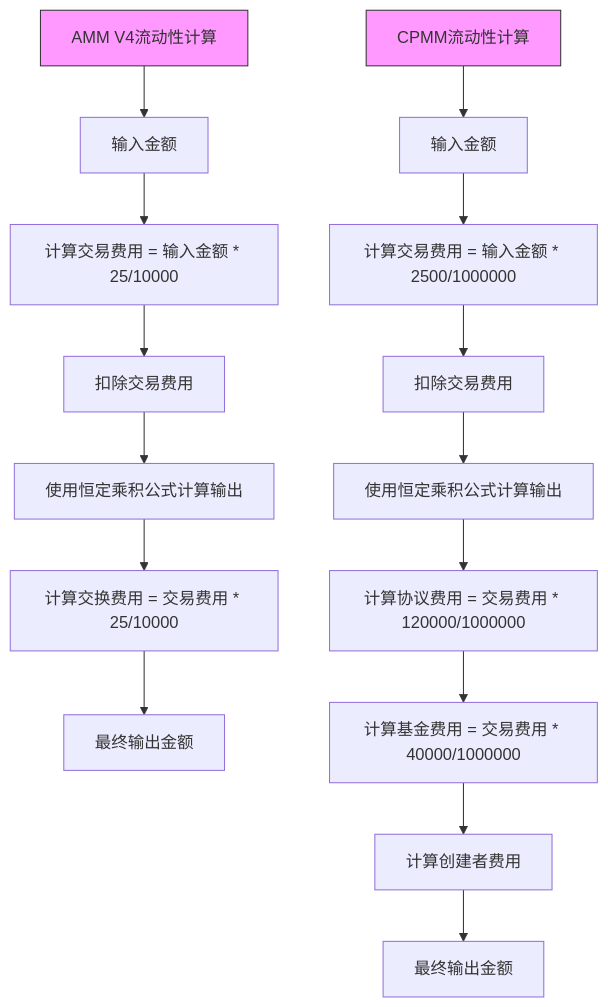
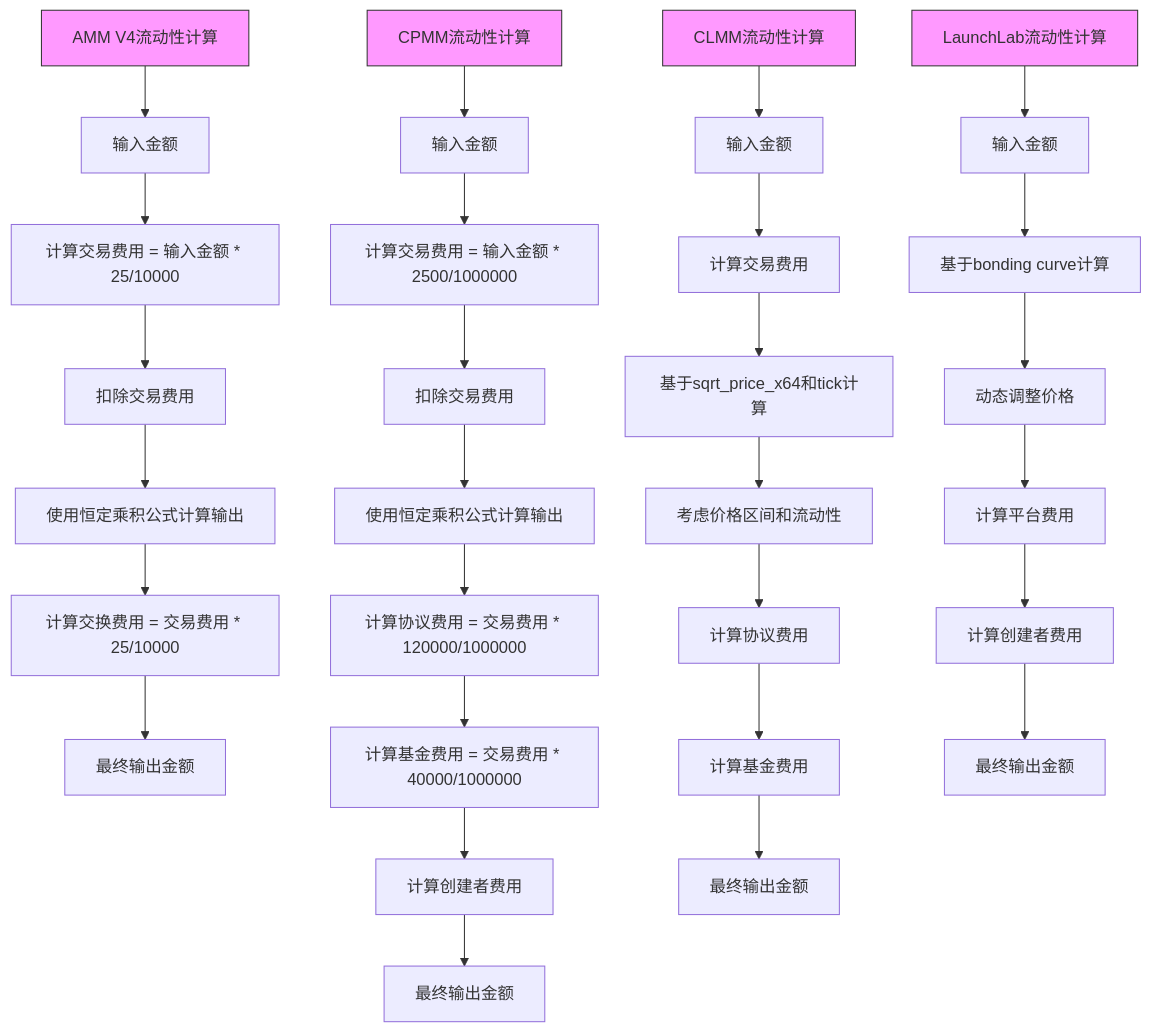
Before and after one commit to IAliceBobI/sol-trade-sdk: the third of 5 diagrams in .qoder/repowiki/zh/content/DEX支持与交易策略/Raydium交易支持/Raydium交易支持.md, drawn with Mermaid. The commit also changed other lines of this file and 5 other files, not shown here.

````diff
--- a/.qoder/repowiki/zh/content/DEX支持与交易策略/Raydium交易支持/Raydium交易支持.md
+++ b/.qoder/repowiki/zh/content/DEX支持与交易策略/Raydium交易支持/Raydium交易支持.md
@@ -148,19 +228,34 @@
 ```mermaid
 flowchart TD
 A["AMM V4流动性计算"] --> B["输入金额"]
 B --> C["计算交易费用 = 输入金额 * 25/10000"]
 C --> D["扣除交易费用"]
 D --> E["使用恒定乘积公式计算输出"]
 E --> F["计算交换费用 = 交易费用 * 25/10000"]
 F --> G["最终输出金额"]
 H["CPMM流动性计算"] --> I["输入金额"]
 I --> J["计算交易费用 = 输入金额 * 2500/1000000"]
 J --> K["扣除交易费用"]
 K --> L["使用恒定乘积公式计算输出"]
 L --> M["计算协议费用 = 交易费用 * 120000/1000000"]
 M --> N["计算基金费用 = 交易费用 * 40000/1000000"]
 N --> O["计算创建者费用"]
 O --> P["最终输出金额"]
+Q["CLMM流动性计算"] --> R["输入金额"]
+R --> S["计算交易费用"]
+S --> T["基于sqrt_price_x64和tick计算"]
+T --> U["考虑价格区间和流动性"]
+U --> V["计算协议费用"]
+V --> W["计算基金费用"]
+W --> X["最终输出金额"]
+Y["LaunchLab流动性计算"] --> Z["输入金额"]
+Z --> AA["基于bonding curve计算"]
+AA --> AB["动态调整价格"]
+AB --> AC["计算平台费用"]
+AC --> AD["计算创建者费用"]
+AD --> AE["最终输出金额"]
 style A fill:#f9f,stroke:#333
 style H fill:#f9f,stroke:#333
+style Q fill:#f9f,stroke:#333
+style Y fill:#f9f,stroke:#333
 ```
````
